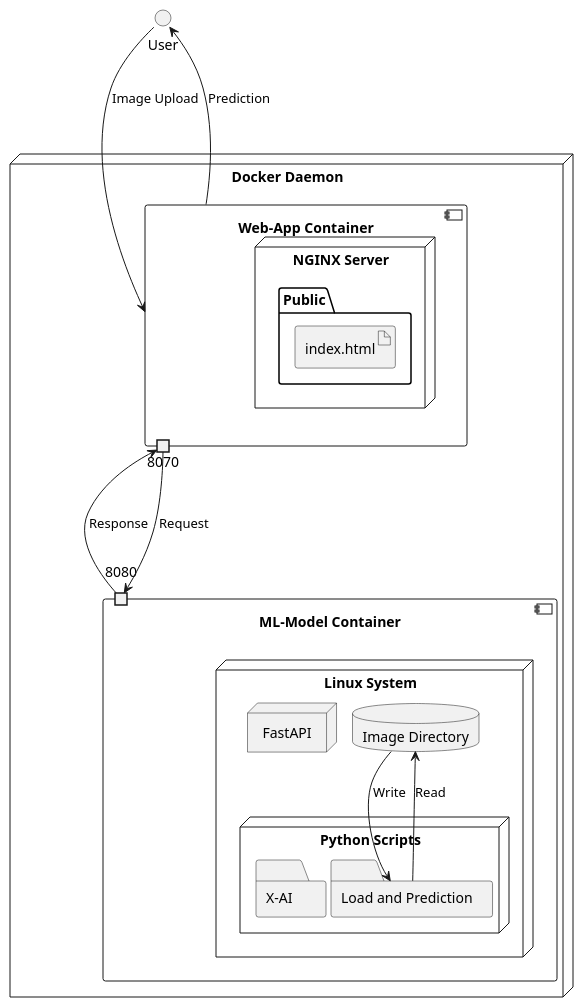
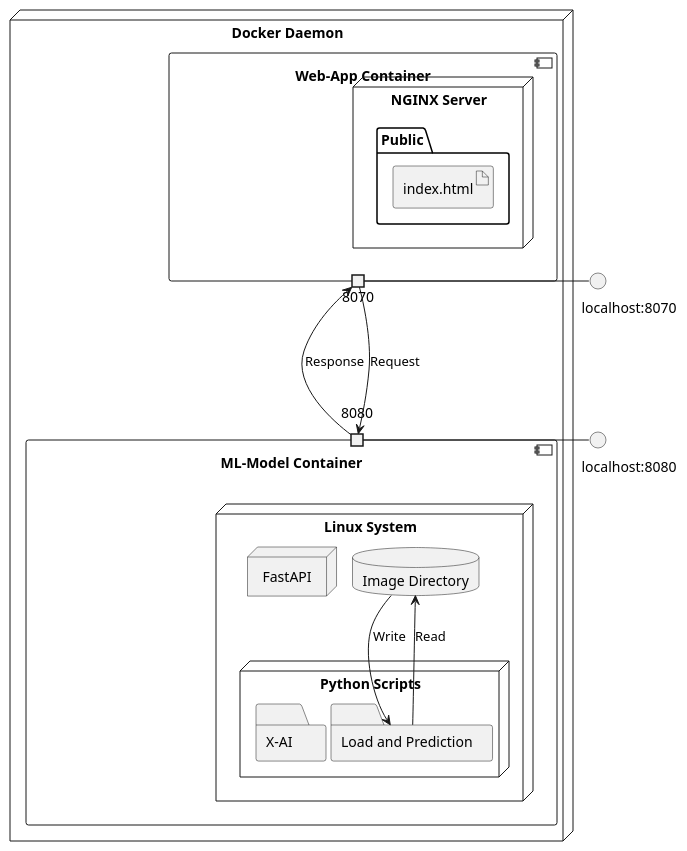
One commit to Martkx/apple_blossom changed the diagram in documentation/structure.wsd. Above: the diagram before and after it, drawn with PlantUML. The commit also changed 2 other files, not shown here.

```diff
--- a/documentation/structure.wsd
+++ b/documentation/structure.wsd
@@ -1,37 +1,42 @@
 @startuml
 
-Interface User
+
 node "Docker Daemon" {
   
   component "ML-Model Container" as ML {
     portin "8080" as p1
     
     node "Linux System" {
         database "Image Directory" as vol
         node "FastAPI" as fastapi
         node "Python Scripts" as python {
             folder "Load and Prediction" as load_and_prediction
             folder "X-AI" as x_ai
         }
     }
   }
 
   component "Web-App Container" as APP {
+    
     portout "8070" as p2
+    
     node "NGINX Server" as nginx {
         folder "Public" as public {
             artifact "index.html"
         }
     }
   }
 }
 
+interface "                 localhost:8080" as p80
+interface "                 localhost:8070" as p70
+
+p1 --right---- p80
+p2 --right---- p70
 p1 ---> p2 : Response
 p2 ---> p1 : Request
-User ---> APP : Image Upload
-APP ---> User : Prediction 
 
 load_and_prediction --> vol : Read
 vol --> load_and_prediction : Write
 
 @enduml
```
